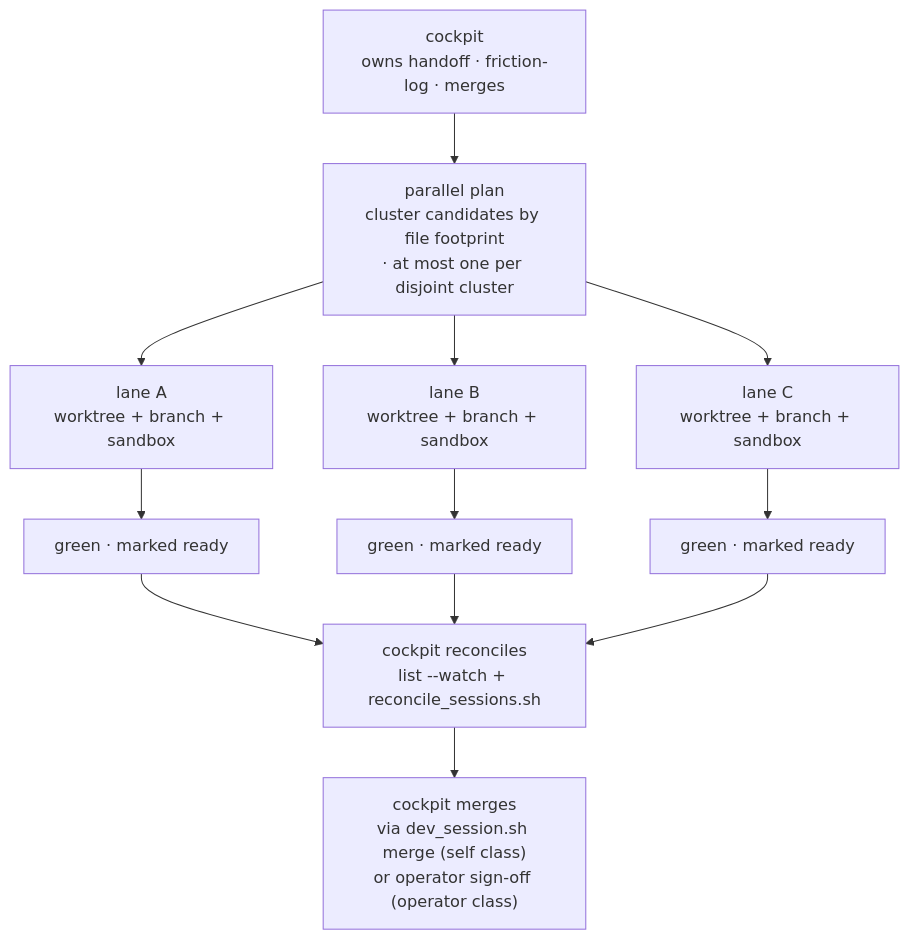
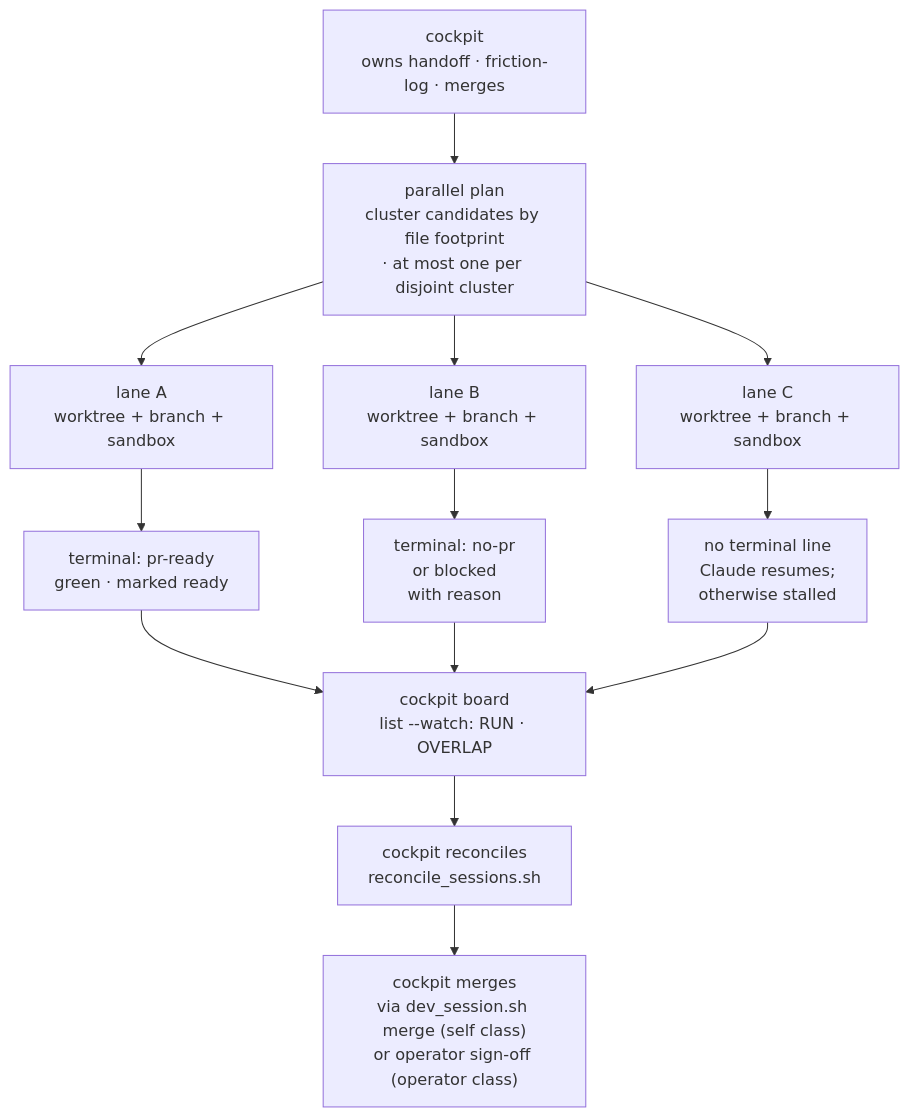
One commit to topij/agentic-dev-kit changed the diagram in docs/parallel-dev.md. Above: the diagram before and after it, drawn with Mermaid. The commit also changed other lines of this file and 6 other files, not shown here.

First line of the commit message:
docs: bring reader guides and diagrams up to date with lane, review and cleanup work (#1295)

````diff
--- a/docs/parallel-dev.md
+++ b/docs/parallel-dev.md
@@ -52,14 +52,15 @@
 ```mermaid
 flowchart TD
     CP["cockpit<br/>owns handoff · friction-log · merges"] --> Plan["parallel plan<br/>cluster candidates by file footprint<br/>· at most one per disjoint cluster"]
     Plan --> L1["lane A<br/>worktree + branch + sandbox"]
     Plan --> L2["lane B<br/>worktree + branch + sandbox"]
     Plan --> L3["lane C<br/>worktree + branch + sandbox"]
-    L1 --> D1["green · marked ready"]
-    L2 --> D2["green · marked ready"]
-    L3 --> D3["green · marked ready"]
-    D1 --> R["cockpit reconciles<br/>list --watch + reconcile_sessions.sh"]
-    D2 --> R
-    D3 --> R
+    L1 --> D1["terminal: pr-ready<br/>green · marked ready"]
+    L2 --> D2["terminal: no-pr<br/>or blocked<br/>with reason"]
+    L3 --> D3["no terminal line<br/>Claude resumes;<br/>otherwise stalled"]
+    D1 --> B["cockpit board<br/>list --watch: RUN · OVERLAP"]
+    D2 --> B
+    D3 --> B
+    B --> R["cockpit reconciles<br/>reconcile_sessions.sh"]
     R --> M["cockpit merges<br/>via dev_session.sh merge (self class)<br/>or operator sign-off (operator class)"]
 ```
````
